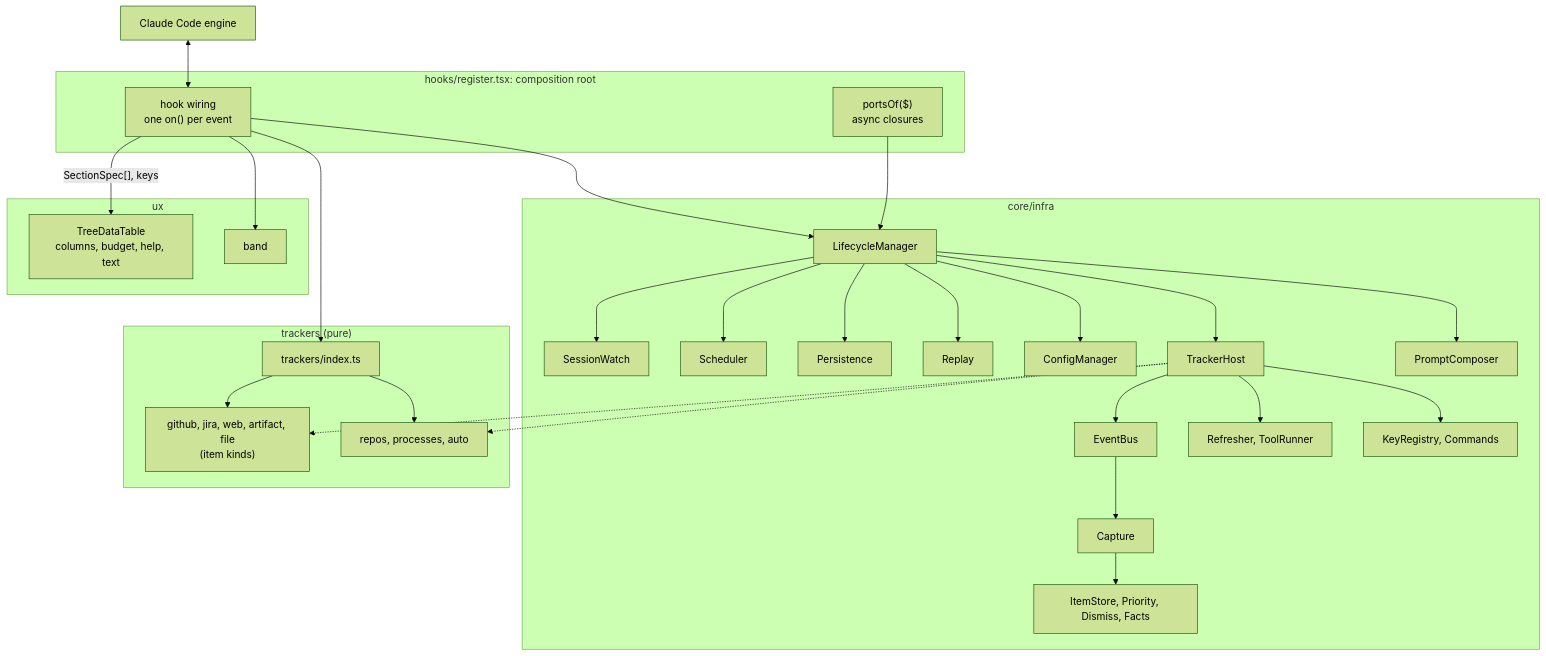
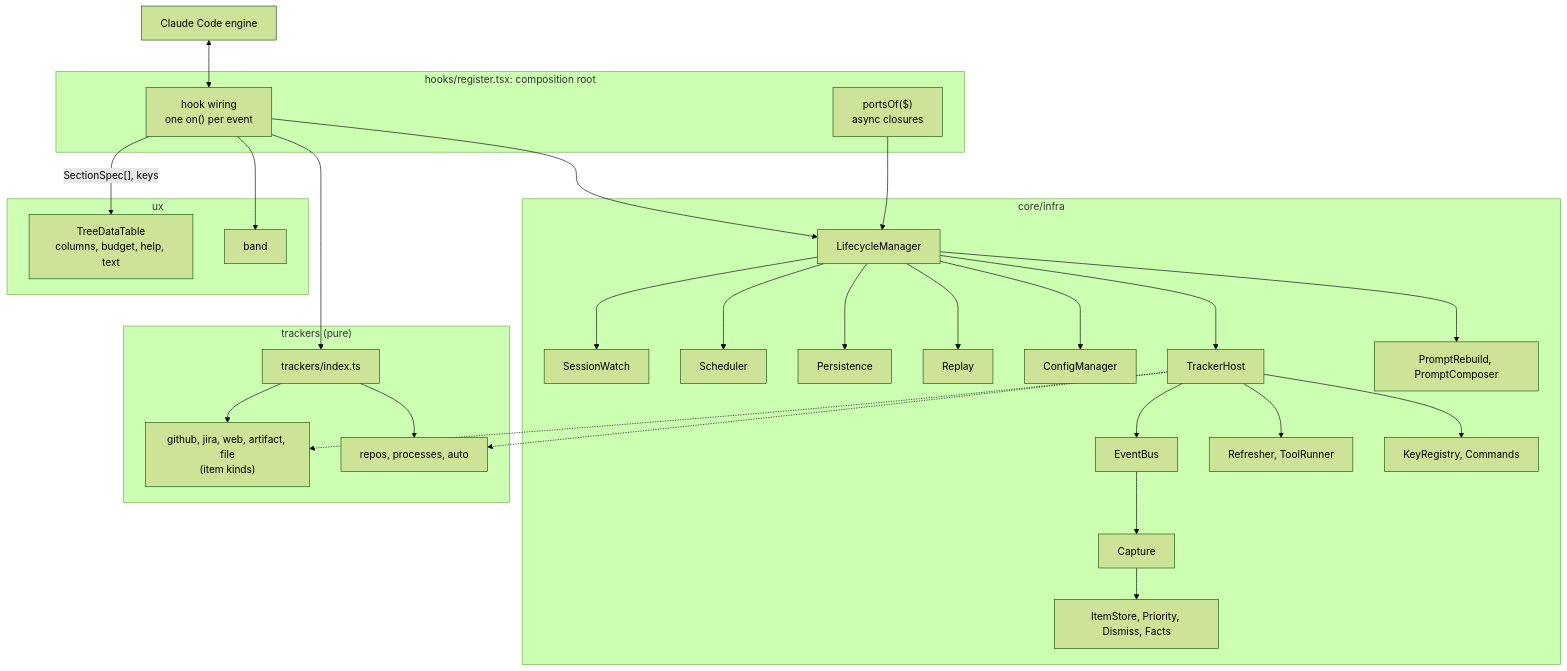
One commit to martin-macak/claude-code-mod-tracking changed the first of 2 diagrams in docs/superpowers/specs/2026-10-18-arch-hardening-design.md. Above: the diagram before and after it, drawn with Mermaid (forest theme). The commit also changed other lines of this file, not shown here.

````diff
--- a/docs/superpowers/specs/2026-10-18-arch-hardening-design.md
+++ b/docs/superpowers/specs/2026-10-18-arch-hardening-design.md
@@ -220,54 +224,54 @@
 ```mermaid
 flowchart TB
   engine["Claude Code engine"]
   subgraph root["hooks/register.tsx: composition root"]
     wiring["hook wiring<br/>one on() per event"]
     ports["portsOf($)<br/>async closures"]
   end
   subgraph infra["core/infra"]
     lm["LifecycleManager"]
     sess["SessionWatch"]
     sched["Scheduler"]
     pers["Persistence"]
     replay["Replay"]
     cfg["ConfigManager"]
     host["TrackerHost"]
     bus["EventBus"]
     cap["Capture"]
     store["ItemStore, Priority, Dismiss, Facts"]
     refresh["Refresher, ToolRunner"]
     keys["KeyRegistry, Commands"]
-    prompt["PromptComposer"]
+    prompt["PromptRebuild, PromptComposer"]
   end
   subgraph ux["ux"]
     tdt["TreeDataTable<br/>columns, budget, help, text"]
     band["band"]
   end
   subgraph trk["trackers (pure)"]
     list["trackers/index.ts"]
     t1["github, jira, web, artifact, file<br/>(item kinds)"]
     t2["repos, processes, auto"]
   end
   engine <--> wiring
   ports --> lm
   wiring --> lm
   lm --> sess
   lm --> sched
   lm --> pers
   lm --> replay
   lm --> cfg
   lm --> host
   lm --> prompt
   host --> bus
   host --> keys
   bus --> cap
   cap --> store
   host --> refresh
   list --> t1
   list --> t2
   wiring --> list
   host -.-> t1
   host -.-> t2
   wiring -->|"SectionSpec[], keys"| tdt
   wiring --> band
 ```
````
